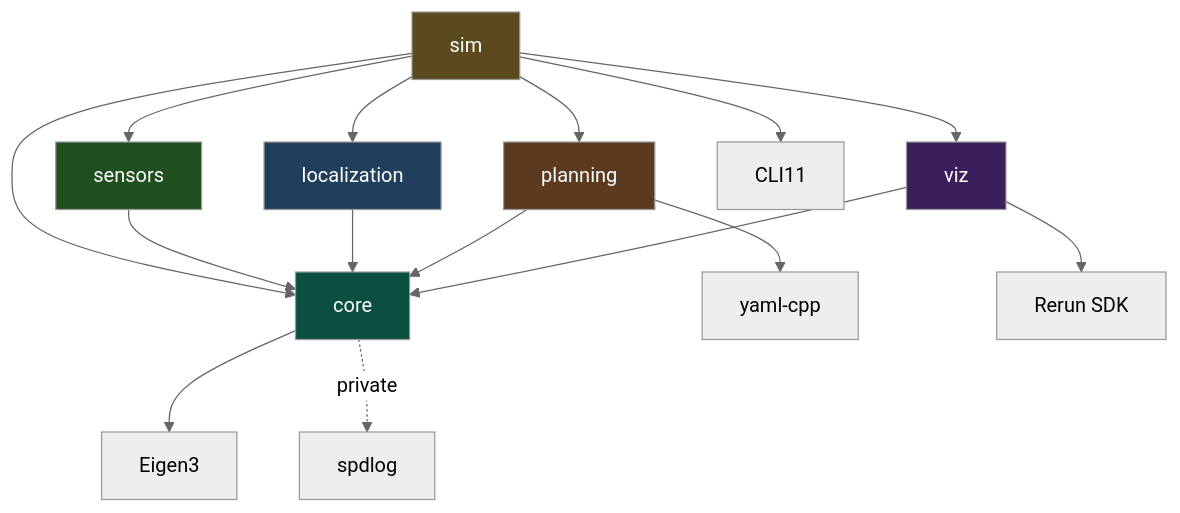
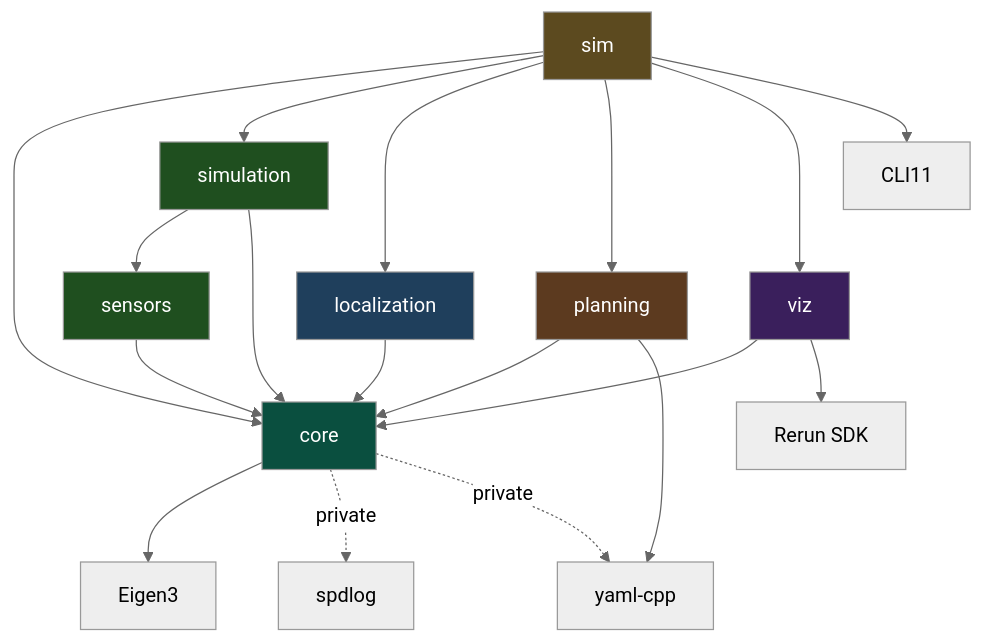
The diagram in README.md (xinlei-robotics/MiniNav), drawn with Mermaid (neutral theme) before and after one commit. The commit also changed other lines of this file and 41 other files, not shown here.

Commit message:
refactor(sim): split plant, EKF pipeline and subcommands; add robot.yaml and core Path (V4 PR1) (#82)

````diff
--- a/README.md
+++ b/README.md
@@ -239,25 +240,29 @@
 ```mermaid
 graph TD
     sim[sim] --> core[core]
-    sim --> sensors[sensors]
+    sim --> simulation[simulation]
     sim --> localization[localization]
     sim --> planning[planning]
     sim --> viz[viz]
     sim --> cli11[CLI11]
 
+    simulation --> sensors[sensors]
+    simulation --> core
     sensors --> core
     localization --> core
     planning --> core
     planning --> yamlcpp[yaml-cpp]
     viz --> core
     viz --> rerun[Rerun SDK]
     core --> eigen[Eigen3]
     core -.->|private| spdlog[spdlog]
+    core -.->|private| yamlcpp
 
     style core fill:#0a4f3f,color:#fff
+    style simulation fill:#1f4f1f,color:#fff
     style sensors fill:#1f4f1f,color:#fff
     style localization fill:#1f3f5c,color:#fff
     style planning fill:#5c3a1f,color:#fff
     style viz fill:#3a1f5c,color:#fff
     style sim fill:#5c4a1f,color:#fff
 ```
````
